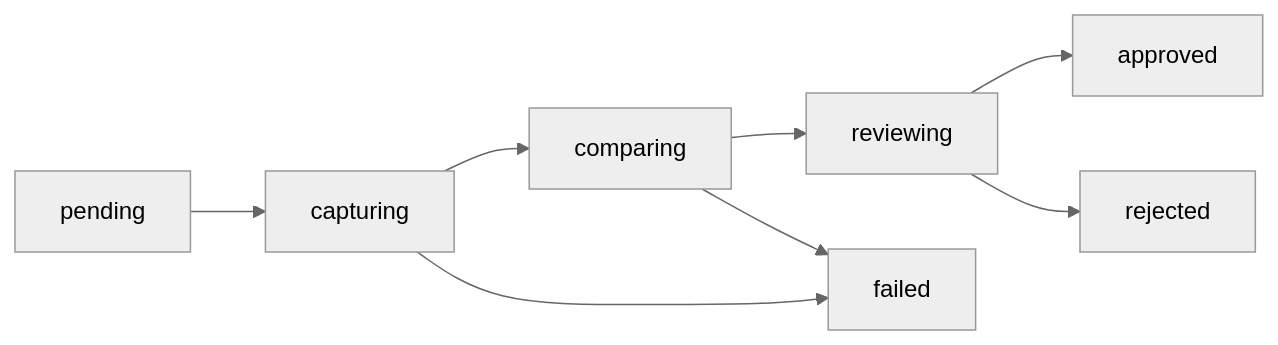
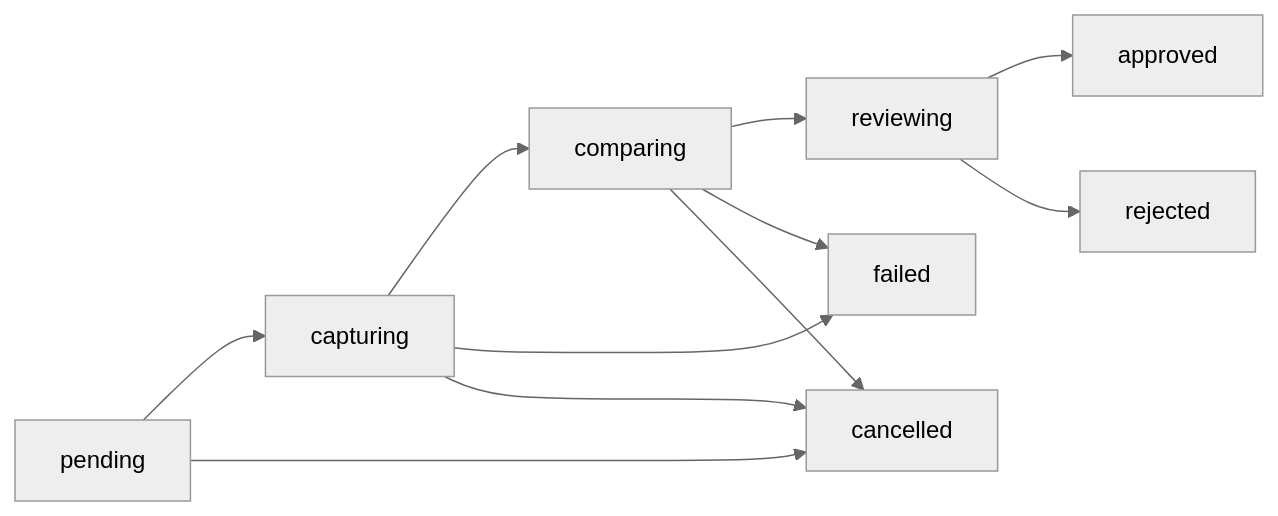
One commit to GuptaSiddhant/StoryShelf changed the diagram in apps/website/src/content/docs/concepts/builds.mdx. Above: the diagram before and after it, drawn with Mermaid (neutral theme). The commit also changed other lines of this file and 51 other files, not shown here.

````diff
--- a/apps/website/src/content/docs/concepts/builds.mdx
+++ b/apps/website/src/content/docs/concepts/builds.mdx
@@ -17,10 +17,13 @@
 ```mermaid
 flowchart LR
     A[pending] --> B[capturing]
     B --> C[comparing]
     C --> D[reviewing]
     D --> E[approved]
     D --> F[rejected]
     B --> G[failed]
     C --> G
+    A --> H[cancelled]
+    B --> H
+    C --> H
 ```
````
